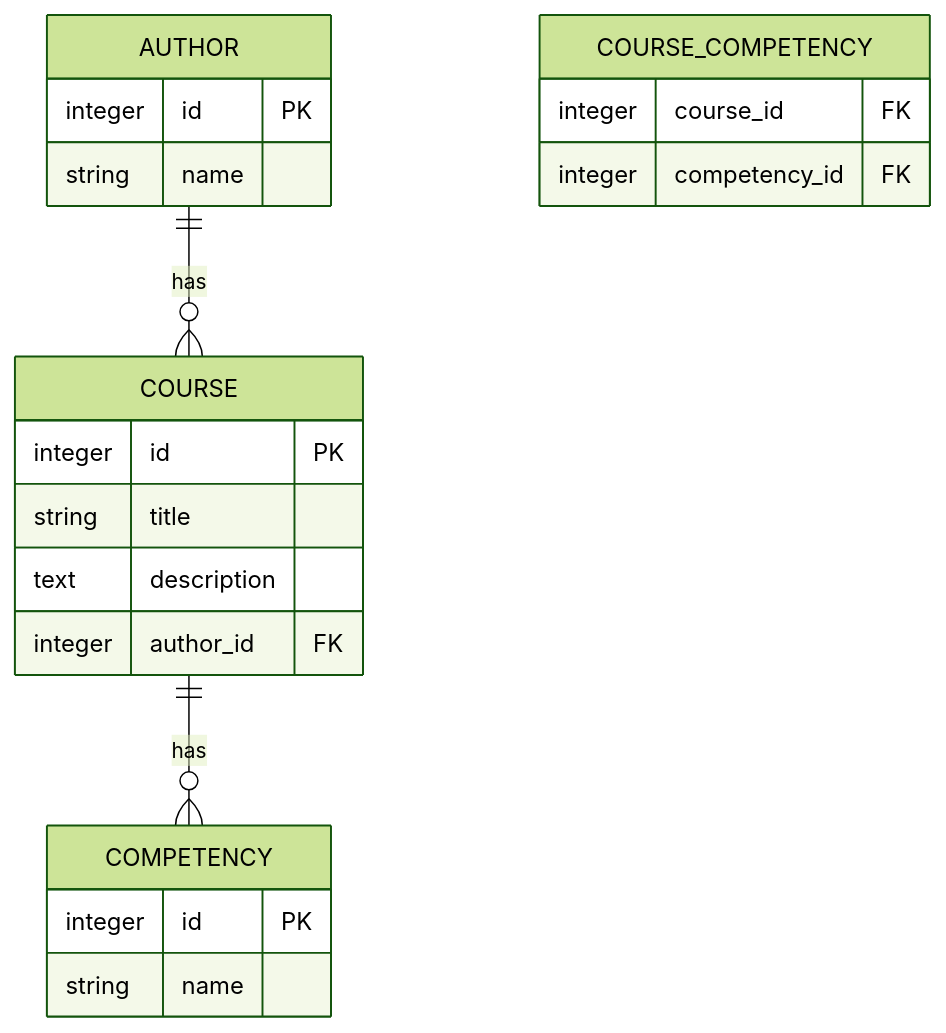
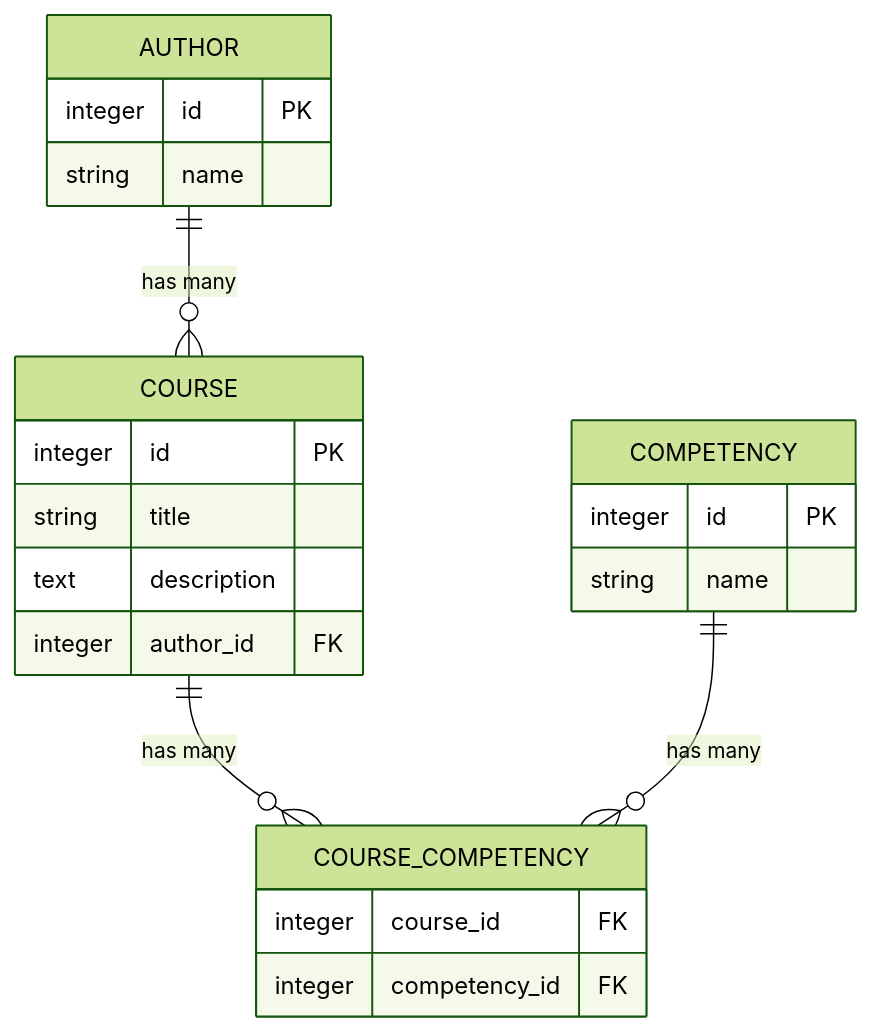
The diagram in erd_diagram.mermaid (romankirpichnikov/financial-education), drawn with Mermaid (forest theme) before and after one commit. The commit also changed 16 other files, not shown here.

```diff
--- a/erd_diagram.mermaid
+++ b/erd_diagram.mermaid
@@ -1,26 +1,26 @@
 erDiagram
-
-AUTHOR ||--o{ COURSE : has
-COURSE ||--o{ COMPETENCY : has
+AUTHOR ||--o{ COURSE : "has many"
+COURSE ||--o{ COURSE_COMPETENCY : "has many"
+COMPETENCY ||--o{ COURSE_COMPETENCY : "has many"
 
 AUTHOR {
-	integer id PK
-	string name
+  integer id PK
+  string name
 }
 
 COURSE {
   integer id PK
   string title
   text description
   integer author_id FK
 }
 
 COMPETENCY {
   integer id PK
   string name
 }
 
 COURSE_COMPETENCY {
   integer course_id FK
   integer competency_id FK
 }
```
